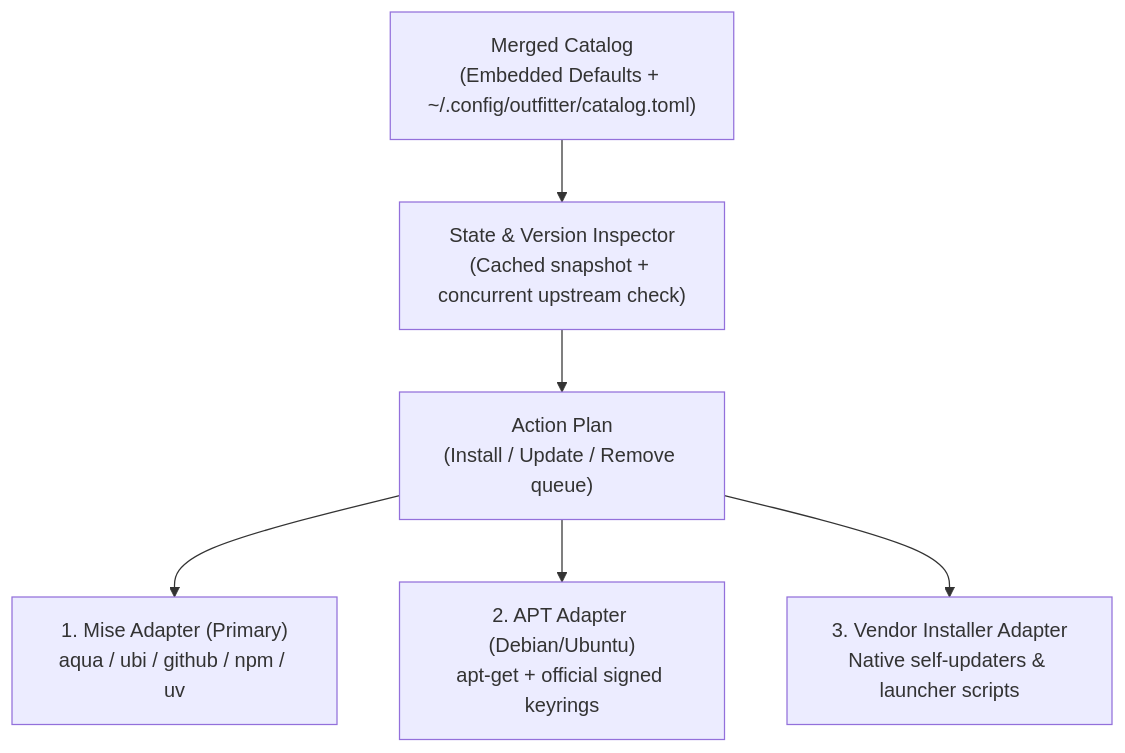
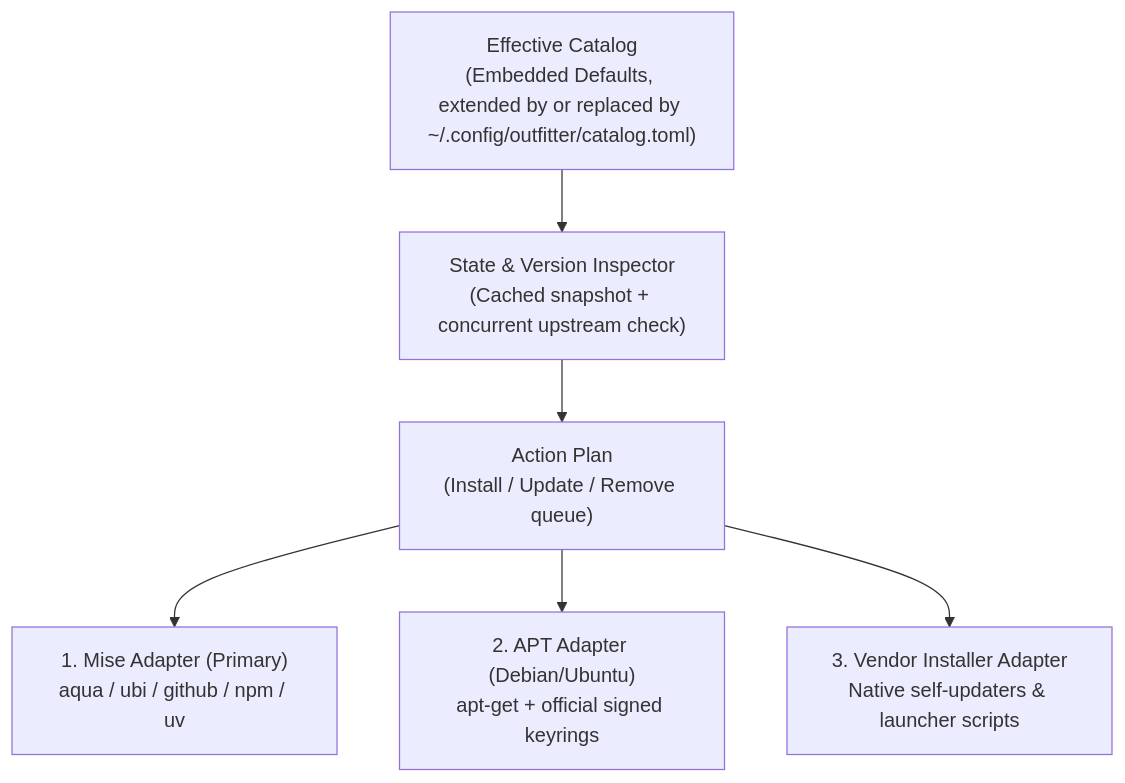
One commit to juanrubio/outfitter changed the diagram in docs/specs/product.md. Above: the diagram before and after it, drawn with Mermaid. The commit also changed other lines of this file and 11 other files, not shown here.

````diff
--- a/docs/specs/product.md
+++ b/docs/specs/product.md
@@ -47,13 +47,13 @@
 ```mermaid
 flowchart TD
-    Catalog["Merged Catalog\n(Embedded Defaults + ~/.config/outfitter/catalog.toml)"]
+    Catalog["Effective Catalog\n(Embedded Defaults, extended by or replaced by ~/.config/outfitter/catalog.toml)"]
     Planner["State & Version Inspector\n(Cached snapshot + concurrent upstream check)"]
     Queue["Action Plan\n(Install / Update / Remove queue)"]
 
     Catalog --> Planner
     Planner --> Queue
 
     Queue --> MiseAdapter["1. Mise Adapter (Primary)\naqua / ubi / github / npm / uv"]
     Queue --> AptAdapter["2. APT Adapter (Debian/Ubuntu)\napt-get + official signed keyrings"]
     Queue --> VendorAdapter["3. Vendor Installer Adapter\nNative self-updaters & launcher scripts"]
 ```
````
